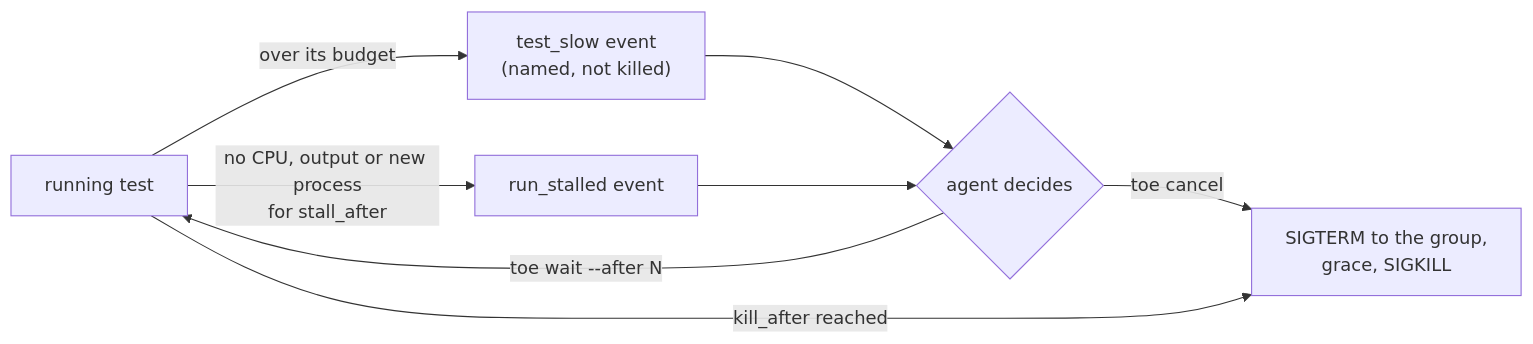
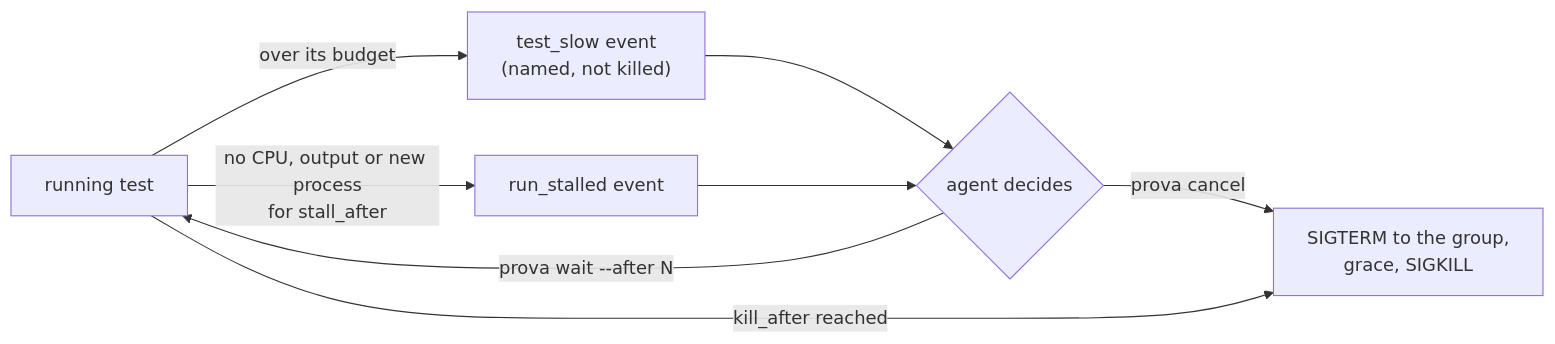
The fourth of 6 diagrams in docs/architecture.md (fals/prova), drawn with Mermaid before and after one commit. The commit also changed other lines of this file and 202 other files, not shown here.

First line of the commit message:
Rename toe to prova everywhere (ADR 0019)

````diff
--- a/docs/architecture.md
+++ b/docs/architecture.md
@@ -136,10 +136,10 @@
 ```mermaid
 flowchart LR
     R[running test] -->|over its budget| SL["test_slow event<br/>(named, not killed)"]
     R -->|no CPU, output or new process<br/>for stall_after| ST["run_stalled event"]
     SL --> AG{agent decides}
     ST --> AG
-    AG -->|toe cancel| K["SIGTERM to the group,<br/>grace, SIGKILL"]
-    AG -->|toe wait --after N| R
+    AG -->|prova cancel| K["SIGTERM to the group,<br/>grace, SIGKILL"]
+    AG -->|prova wait --after N| R
     R -->|kill_after reached| K
 ```
````
